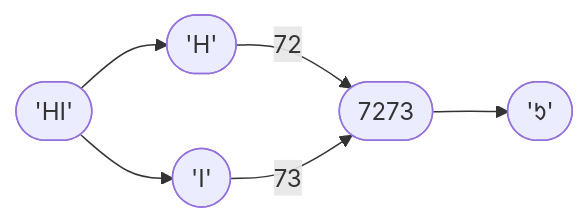
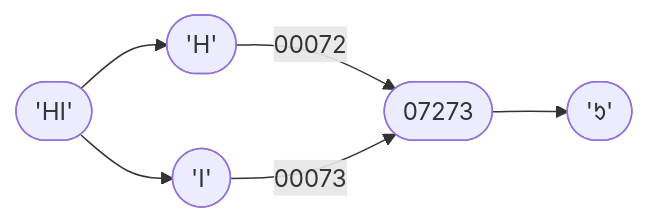
The diagram in docs/internals/modes/01.md (JustDeveloper1/JSSC.js.org), drawn with Mermaid before and after one commit. The commit also changed other lines of this file, not shown here.

````diff
--- a/docs/internals/modes/01.md
+++ b/docs/internals/modes/01.md
@@ -8,7 +8,7 @@
 ```mermaid
 flowchart LR
     A(["'HI'"])
-    A -->B(["'H'"]) -->|"72"| D(["7273"])
-    A -->C(["'I'"]) -->|"73"| D
+    A -->B(["'H'"]) -->|"00072"| D(["07273"])
+    A -->C(["'I'"]) -->|"00073"| D
     D --> E(["'ᱩ'"])
 ```
````
